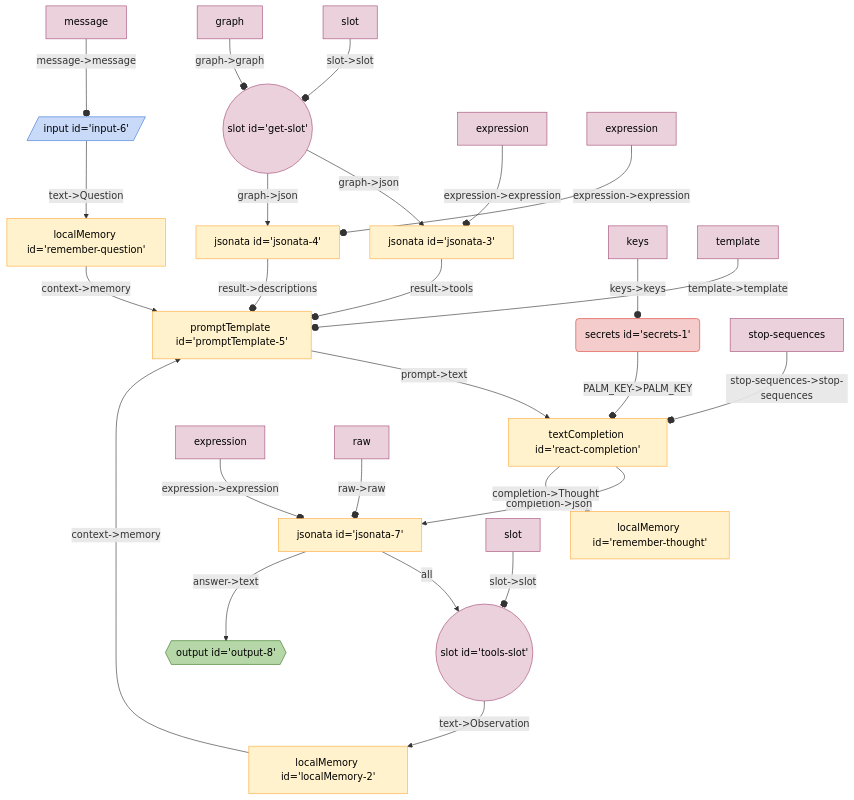
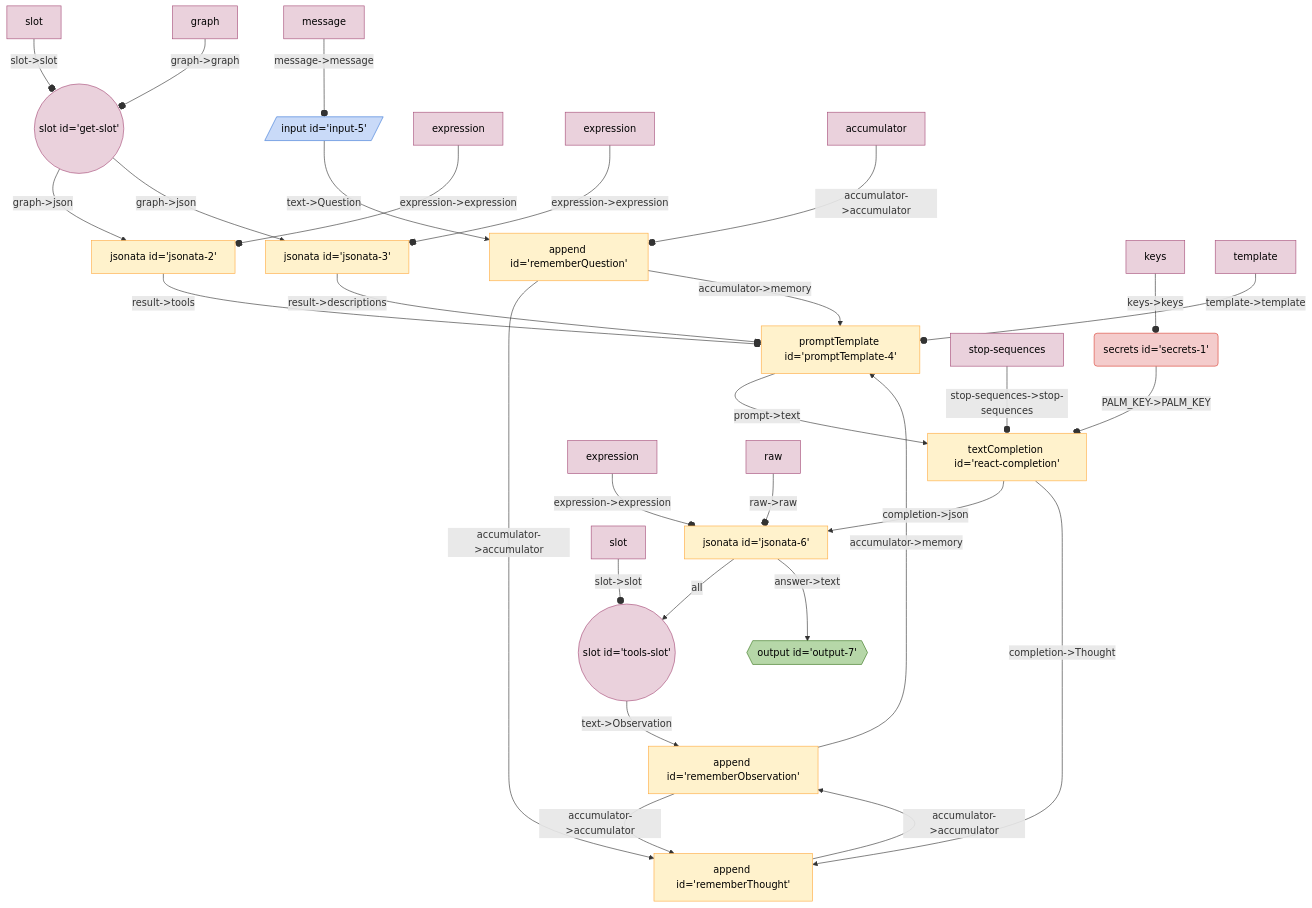
The diagram in seeds/graph-playground/docs/graphs/react-with-slot.md (breadboard-ai/breadboard), drawn with Mermaid before and after one commit. The commit also changed 11 other files, not shown here.

First line of the commit message:
[llm-starter] Teach `react-with-slot` to use `append`. (#76)

````diff
--- a/seeds/graph-playground/docs/graphs/react-with-slot.md
+++ b/seeds/graph-playground/docs/graphs/react-with-slot.md
@@ -5,37 +5,41 @@
   ```mermaid
   %%{init: 'themeVariables': { 'fontFamily': 'Fira Code, monospace' }}%%
 graph TD;
+getslot(("slot id='get-slot'")):::slot -- "graph->json" --> jsonata2["jsonata id='jsonata-2'"]
 getslot(("slot id='get-slot'")):::slot -- "graph->json" --> jsonata3["jsonata id='jsonata-3'"]
-getslot(("slot id='get-slot'")):::slot -- "graph->json" --> jsonata4["jsonata id='jsonata-4'"]
-jsonata4["jsonata id='jsonata-4'"] -- "result->descriptions" --o promptTemplate5["promptTemplate id='promptTemplate-5'"]
-jsonata3["jsonata id='jsonata-3'"] -- "result->tools" --o promptTemplate5["promptTemplate id='promptTemplate-5'"]
-localMemory2["localMemory id='localMemory-2'"] -- "context->memory" --> promptTemplate5["promptTemplate id='promptTemplate-5'"]
+jsonata3["jsonata id='jsonata-3'"] -- "result->descriptions" --o promptTemplate4["promptTemplate id='promptTemplate-4'"]
+jsonata2["jsonata id='jsonata-2'"] -- "result->tools" --o promptTemplate4["promptTemplate id='promptTemplate-4'"]
+rememberObservation["append id='rememberObservation'"] -- "accumulator->memory" --> promptTemplate4["promptTemplate id='promptTemplate-4'"]
+rememberThought["append id='rememberThought'"] -- "accumulator->accumulator" --> rememberObservation["append id='rememberObservation'"]
+rememberObservation["append id='rememberObservation'"] -- "accumulator->accumulator" --> rememberThought["append id='rememberThought'"]
+rememberQuestion["append id='rememberQuestion'"] -- "accumulator->accumulator" --> rememberThought["append id='rememberThought'"]
+rememberQuestion["append id='rememberQuestion'"] -- "accumulator->memory" --> promptTemplate4["promptTemplate id='promptTemplate-4'"]
+input5[/"input id='input-5'"/]:::input -- "text->Question" --> rememberQuestion["append id='rememberQuestion'"]
 secrets1("secrets id='secrets-1'"):::secrets -- "PALM_KEY->PALM_KEY" --o reactcompletion["textCompletion id='react-completion'"]
-toolsslot(("slot id='tools-slot'")):::slot -- "text->Observation" --> localMemory2["localMemory id='localMemory-2'"]
-jsonata7["jsonata id='jsonata-7'"] -- all --> toolsslot(("slot id='tools-slot'")):::slot
-jsonata7["jsonata id='jsonata-7'"] -- "answer->text" --> output8{{"output id='output-8'"}}:::output
-reactcompletion["textCompletion id='react-completion'"] -- "completion->json" --> jsonata7["jsonata id='jsonata-7'"]
-reactcompletion["textCompletion id='react-completion'"] -- "completion->Thought" --> rememberthought["localMemory id='remember-thought'"]
-promptTemplate5["promptTemplate id='promptTemplate-5'"] -- "prompt->text" --> reactcompletion["textCompletion id='react-completion'"]
-rememberquestion["localMemory id='remember-question'"] -- "context->memory" --> promptTemplate5["promptTemplate id='promptTemplate-5'"]
-input6[/"input id='input-6'"/]:::input -- "text->Question" --> rememberquestion["localMemory id='remember-question'"]
+toolsslot(("slot id='tools-slot'")):::slot -- "text->Observation" --> rememberObservation["append id='rememberObservation'"]
+jsonata6["jsonata id='jsonata-6'"] -- all --> toolsslot(("slot id='tools-slot'")):::slot
+jsonata6["jsonata id='jsonata-6'"] -- "answer->text" --> output7{{"output id='output-7'"}}:::output
+reactcompletion["textCompletion id='react-completion'"] -- "completion->json" --> jsonata6["jsonata id='jsonata-6'"]
+reactcompletion["textCompletion id='react-completion'"] -- "completion->Thought" --> rememberThought["append id='rememberThought'"]
+promptTemplate4["promptTemplate id='promptTemplate-4'"] -- "prompt->text" --> reactcompletion["textCompletion id='react-completion'"]
 keyssecrets1[keys]:::config -- "keys->keys" --o secrets1
 slotgetslot[slot]:::config -- "slot->slot" --o getslot
 graphgetslot[graph]:::config -- "graph->graph" --o getslot
+expressionjsonata2[expression]:::config -- "expression->expression" --o jsonata2
 expressionjsonata3[expression]:::config -- "expression->expression" --o jsonata3
-expressionjsonata4[expression]:::config -- "expression->expression" --o jsonata4
-templatepromptTemplate5[template]:::config -- "template->template" --o promptTemplate5
+templatepromptTemplate4[template]:::config -- "template->template" --o promptTemplate4
+accumulatorrememberQuestion[accumulator]:::config -- "accumulator->accumulator" --o rememberQuestion
+messageinput5[message]:::config -- "message->message" --o input5
 stopsequencesreactcompletion[stop-sequences]:::config -- "stop-sequences->stop-sequences" --o reactcompletion
-messageinput6[message]:::config -- "message->message" --o input6
-expressionjsonata7[expression]:::config -- "expression->expression" --o jsonata7
-rawjsonata7[raw]:::config -- "raw->raw" --o jsonata7
+expressionjsonata6[expression]:::config -- "expression->expression" --o jsonata6
+rawjsonata6[raw]:::config -- "raw->raw" --o jsonata6
 slottoolsslot[slot]:::config -- "slot->slot" --o toolsslot
 classDef default stroke:#ffab40,fill:#fff2ccff,color:#000
 classDef input stroke:#3c78d8,fill:#c9daf8ff,color:#000
 classDef output stroke:#38761d,fill:#b6d7a8ff,color:#000
 classDef passthrough stroke:#a64d79,fill:#ead1dcff,color:#000
 classDef slot stroke:#a64d79,fill:#ead1dcff,color:#000
 classDef config stroke:#a64d79,fill:#ead1dcff,color:#000
 classDef secrets stroke:#db4437,fill:#f4cccc,color:#000
 classDef slotted stroke:#a64d79
   ```
````
